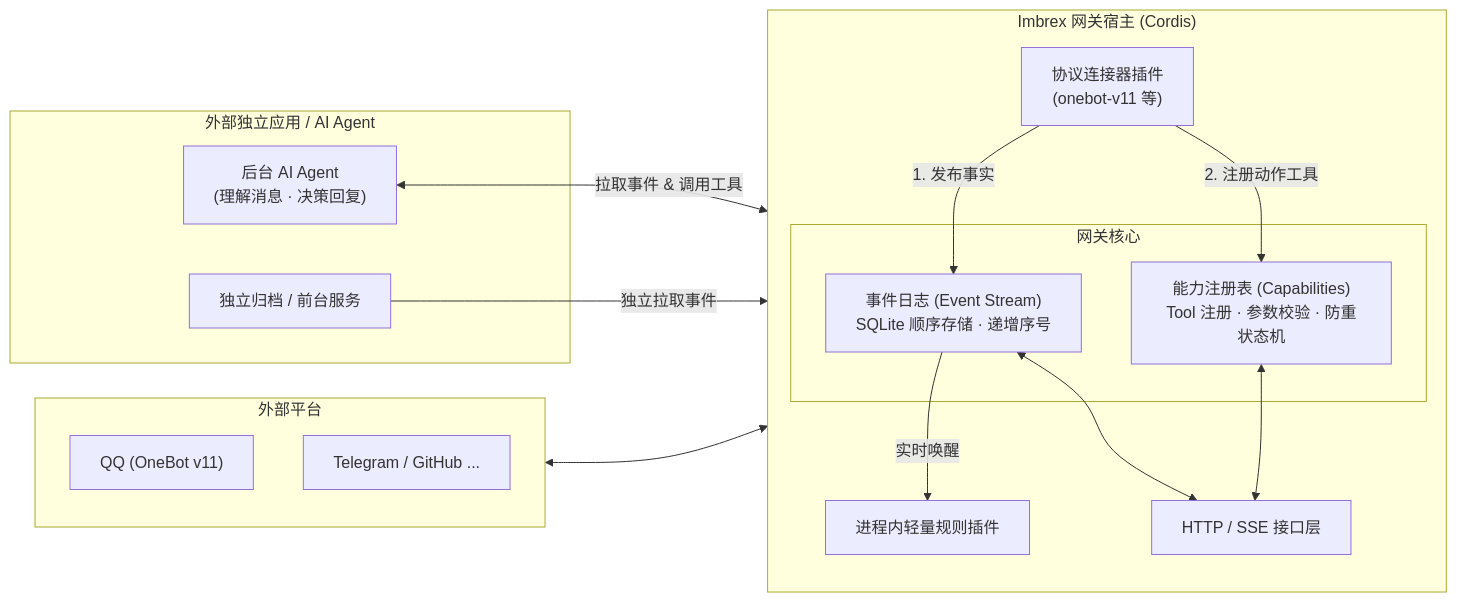
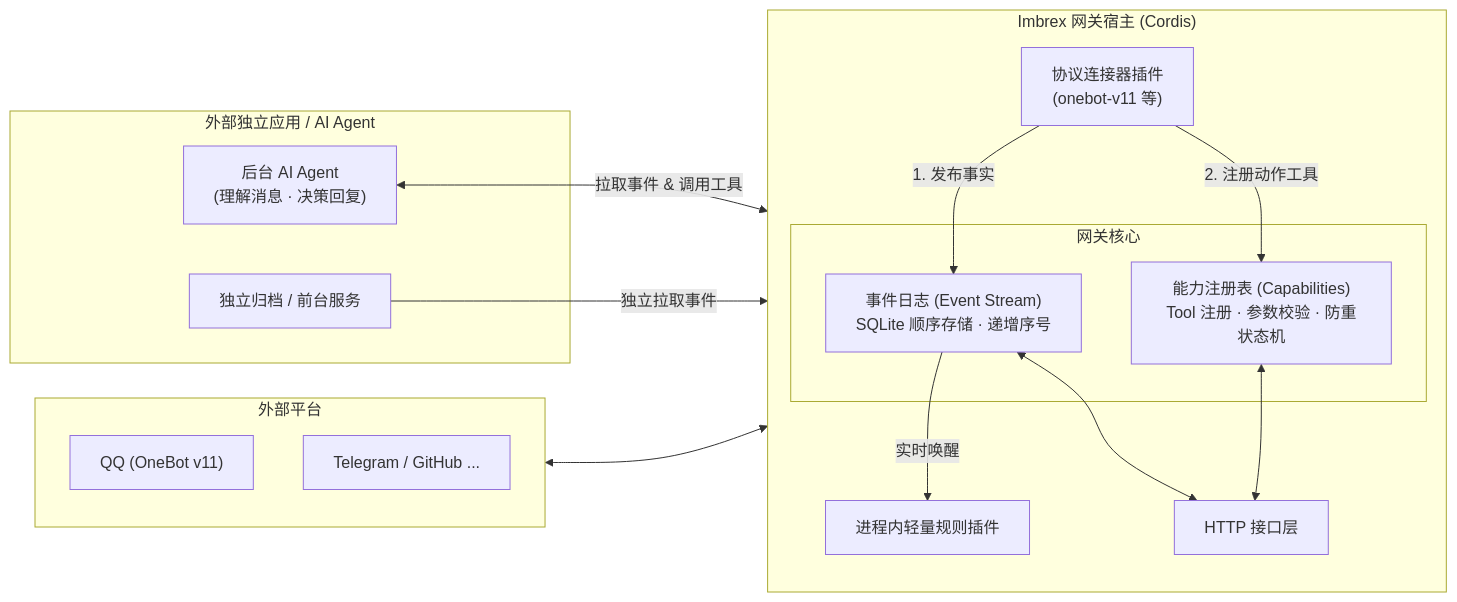
The diagram in README.md (ycychome/Imbrex), drawn with Mermaid before and after one commit. The commit also changed other lines of this file and 29 other files, not shown here.

````diff
--- a/README.md
+++ b/README.md
@@ -27,35 +29,35 @@
 ```mermaid
 flowchart LR
     subgraph Sources ["外部平台"]
         QQ["QQ (OneBot v11)"]
         TG["Telegram / GitHub ..."]
     end
 
     subgraph Host ["Imbrex 网关宿主 (Cordis)"]
         direction TB
         Connectors["协议连接器插件<br/>(onebot-v11 等)"]
         
         subgraph Core ["网关核心"]
             EventLog["事件日志 (Event Stream)<br/>SQLite 顺序存储 · 递增序号"]
             Capabilities["能力注册表 (Capabilities)<br/>Tool 注册 · 参数校验 · 防重状态机"]
         end
         
-        HttpServer["HTTP / SSE 接口层"]
+        HttpServer["HTTP 接口层"]
         InProcessPlugins["进程内轻量规则插件"]
     end
 
     subgraph Consumers ["外部独立应用 / AI Agent"]
         Agent["后台 AI Agent<br/>(理解消息 · 决策回复)"]
         Archive["独立归档 / 前台服务"]
     end
 
     Sources <--> Connectors
     Connectors -->|1. 发布事实| EventLog
     Connectors -->|2. 注册动作工具| Capabilities
     EventLog -->|实时唤醒| InProcessPlugins
     EventLog <--> HttpServer
     Capabilities <--> HttpServer
 
     Agent <-->|拉取事件 & 调用工具| HttpServer
     Archive -->|独立拉取事件| HttpServer
 ```
````
